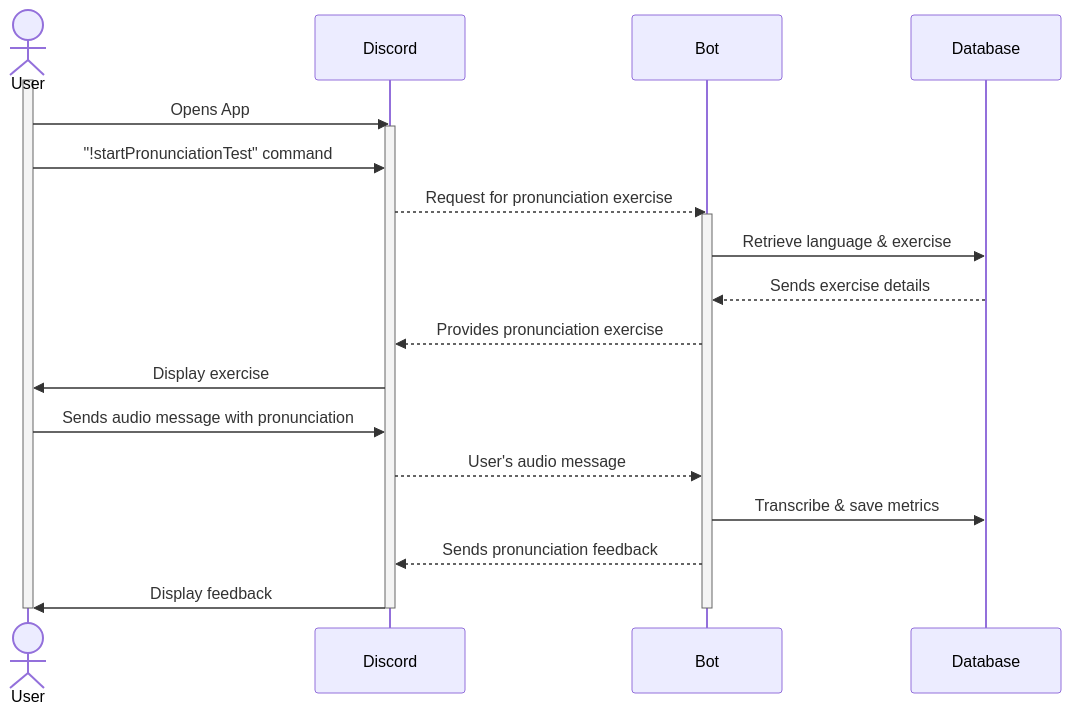
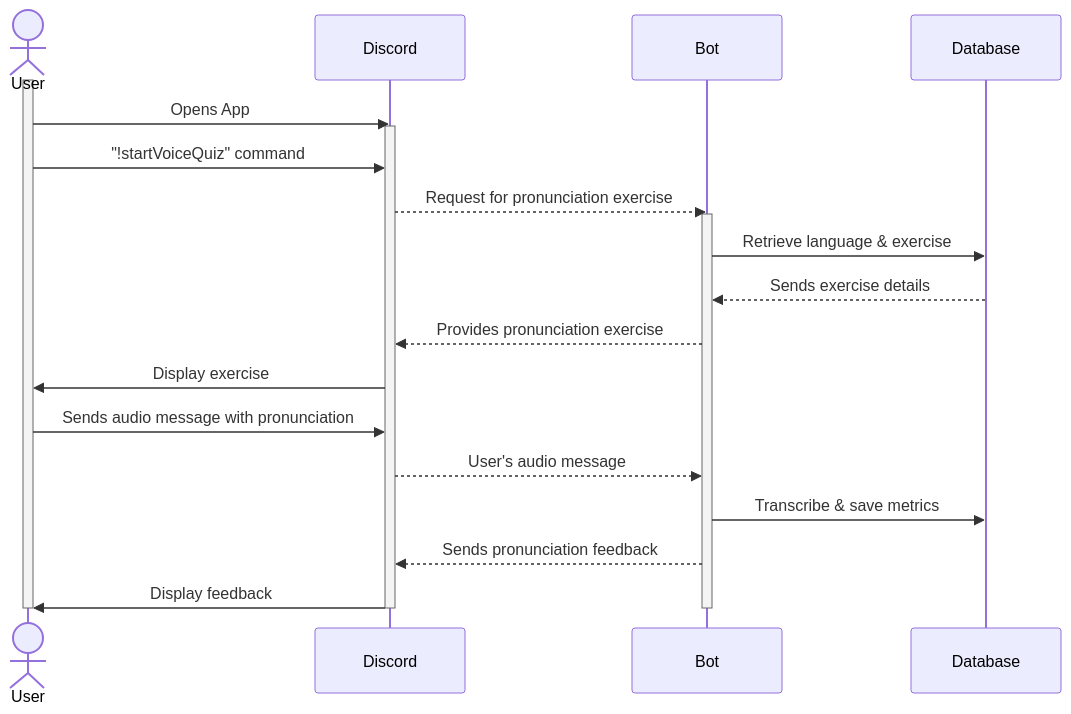
The third of 6 diagrams in documentation/docs/system-architecture/sequence-diagrams.md (Capstone-Projects-2023-Fall/project-language-learning-discord-bot), drawn with Mermaid before and after one commit. The commit also changed other lines of this file, not shown here.

First line of the commit message:
Update sequence-diagrams.md

````diff
--- a/documentation/docs/system-architecture/sequence-diagrams.md
+++ b/documentation/docs/system-architecture/sequence-diagrams.md
@@ -103,27 +93,27 @@
 ```mermaid
 sequenceDiagram
     actor U as User
     participant D as Discord
     participant B as Bot
     participant DB as Database
     
     activate U
     U->>D: Opens App
     activate D
-    U->>D: "!startPronunciationTest" command
+    U->>D: "!startVoiceQuiz" command
     D-->>B: Request for pronunciation exercise
     activate B
     B->>DB: Retrieve language & exercise
     DB-->>B: Sends exercise details
     B-->>D: Provides pronunciation exercise
     D->>U: Display exercise
     U->>D: Sends audio message with pronunciation
     D-->>B: User's audio message
     B->>DB: Transcribe & save metrics
     B-->>D: Sends pronunciation feedback
     D->>U: Display feedback
     deactivate B
     deactivate D
     deactivate U
 
 ```
````
